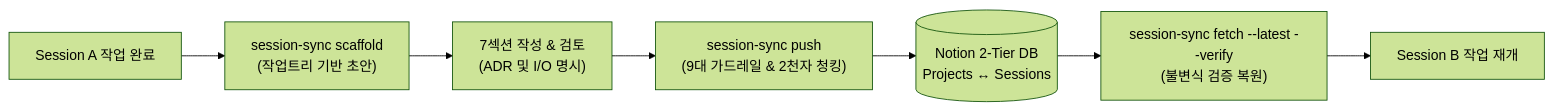
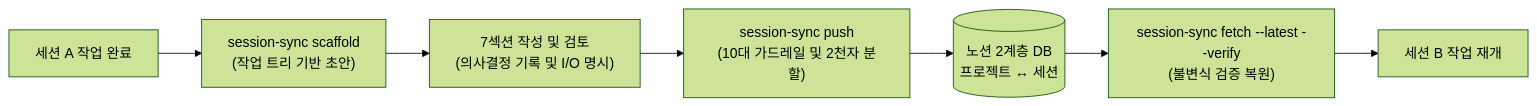
Before and after one commit to mmmphyun/aleph-05-memory: the diagram in README.md, drawn with Mermaid (forest theme). The commit also changed other lines of this file, not shown here.

Commit message:
docs(readme): 10대 가드레일 규격 통일 및 CI 서브커맨드 레퍼런스 최신화

````diff
--- a/README.md
+++ b/README.md
@@ -9,9 +9,9 @@
 ```mermaid
 flowchart LR
-    A["Session A 작업 완료"] --> B["session-sync scaffold<br/>(작업트리 기반 초안)"]
-    B --> C["7섹션 작성 & 검토<br/>(ADR 및 I/O 명시)"]
-    C --> D["session-sync push<br/>(9대 가드레일 & 2천자 청킹)"]
-    D --> E[("Notion 2-Tier DB<br/>Projects ↔ Sessions")]
+    A["세션 A 작업 완료"] --> B["session-sync scaffold<br/>(작업 트리 기반 초안)"]
+    B --> C["7섹션 작성 및 검토<br/>(의사결정 기록 및 I/O 명시)"]
+    C --> D["session-sync push<br/>(10대 가드레일 및 2천자 분할)"]
+    D --> E[("노션 2계층 DB<br/>프로젝트 ↔ 세션")]
     E --> F["session-sync fetch --latest --verify<br/>(불변식 검증 복원)"]
-    F --> G["Session B 작업 재개"]
+    F --> G["세션 B 작업 재개"]
 ```
````
